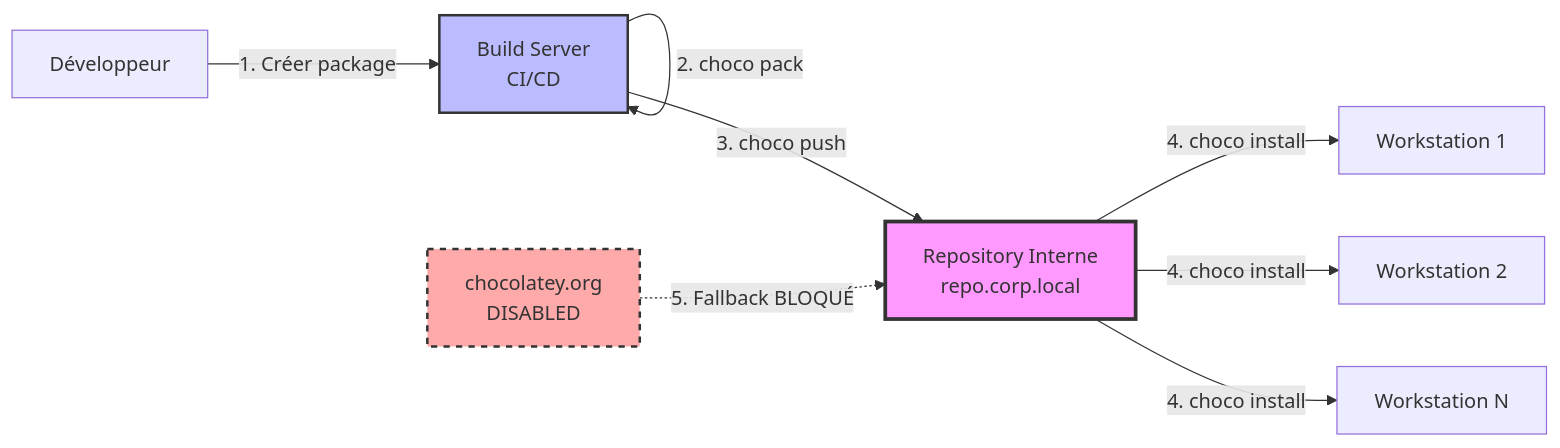
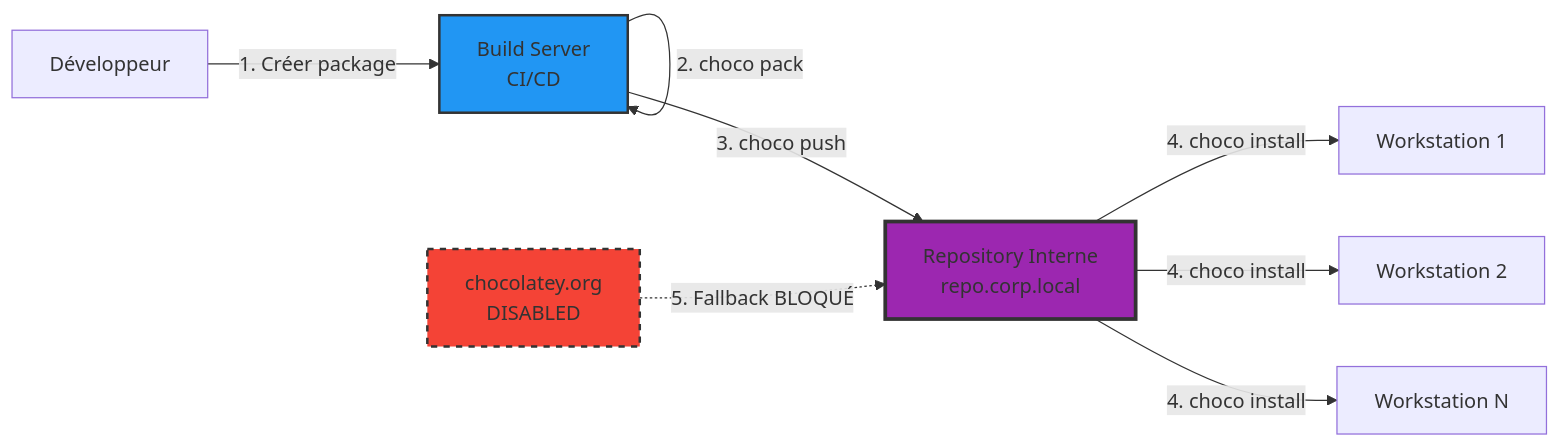
Before and after one commit to VBlackJack/ShellBook: the diagram in docs/formations/chocolatey/03-module.md, drawn with Mermaid. The commit also changed other lines of this file and 337 other files, not shown here.

First line of the commit message:
refactor(docs): Standardize code blocks and Mermaid colors

````diff
--- a/docs/formations/chocolatey/03-module.md
+++ b/docs/formations/chocolatey/03-module.md
@@ -124,22 +124,22 @@
 ```mermaid
 flowchart LR
     DEV[Développeur]
     BUILD[Build Server<br/>CI/CD]
     REPO[Repository Interne<br/>repo.corp.local]
     CLIENT1[Workstation 1]
     CLIENT2[Workstation 2]
     CLIENT3[Workstation N]
     INTERNET[chocolatey.org<br/>DISABLED]
 
     DEV -->|1. Créer package| BUILD
     BUILD -->|2. choco pack| BUILD
     BUILD -->|3. choco push| REPO
     REPO -->|4. choco install| CLIENT1
     REPO -->|4. choco install| CLIENT2
     REPO -->|4. choco install| CLIENT3
     INTERNET -.->|5. Fallback BLOQUÉ| REPO
 
-    style REPO fill:#f9f,stroke:#333,stroke-width:3px
-    style INTERNET fill:#faa,stroke:#333,stroke-width:2px,stroke-dasharray: 5 5
-    style BUILD fill:#bbf,stroke:#333,stroke-width:2px
+    style REPO fill:#9C27B0,stroke:#333,stroke-width:3px
+    style INTERNET fill:#f44336,stroke:#333,stroke-width:2px,stroke-dasharray: 5 5
+    style BUILD fill:#2196F3,stroke:#333,stroke-width:2px
 ```
````
